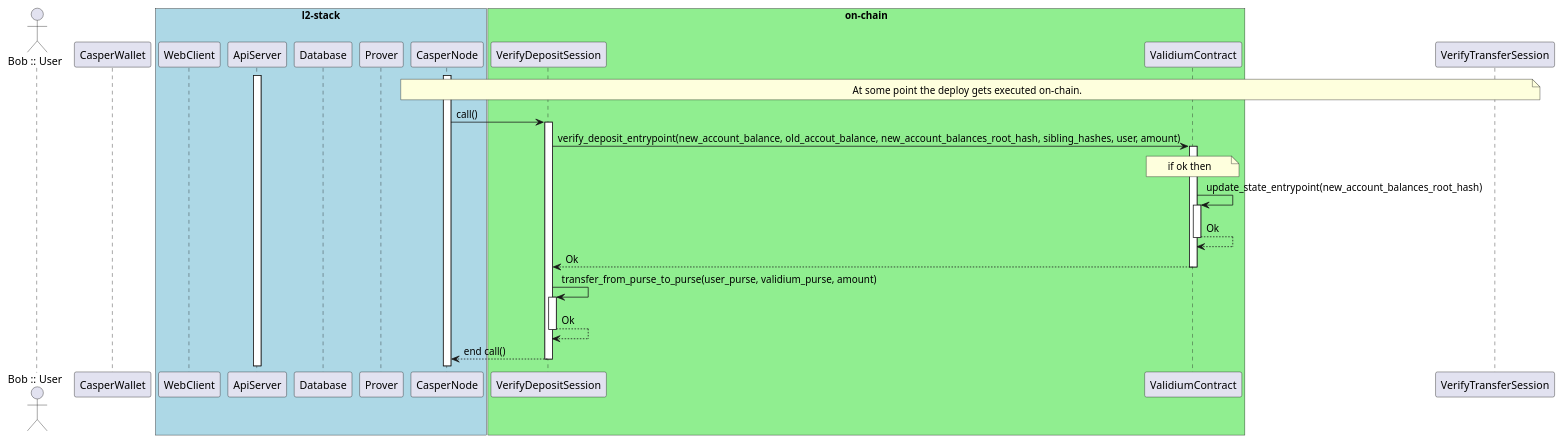
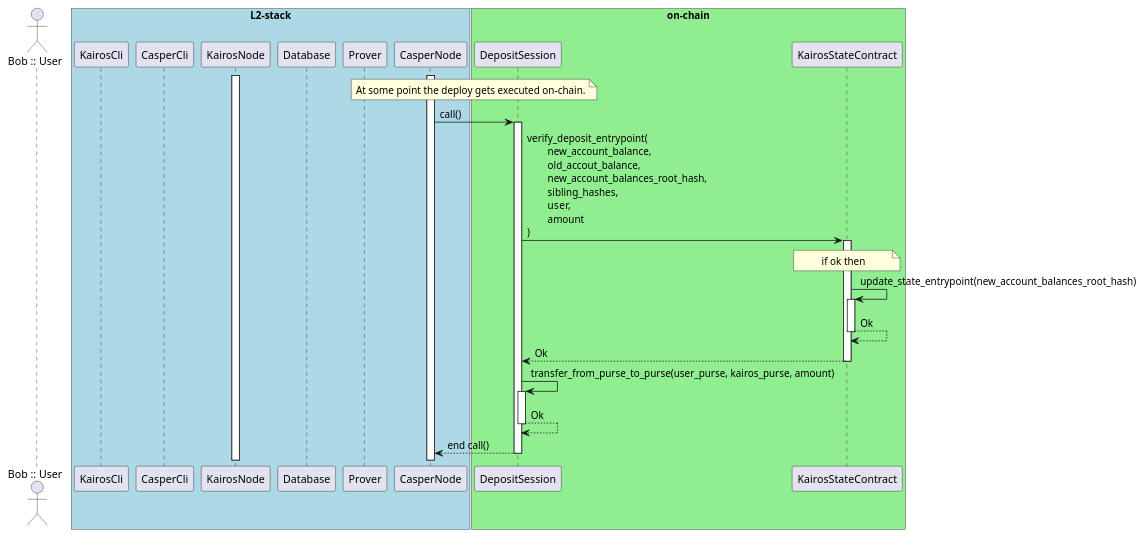
The diagram in diagrams/deposit_sequence_diagram_deploy_execution.puml (cspr-rad/kairos-spec), drawn with PlantUML before and after one commit. The commit also changed 3 other files, not shown here.

Commit message:
diagrams: update deposit diagrams + explanation

```diff
--- a/diagrams/deposit_sequence_diagram_deploy_execution.puml
+++ b/diagrams/deposit_sequence_diagram_deploy_execution.puml
@@ -1,36 +1,35 @@
 @startuml
 autoactivate on
 actor "Bob :: User" as Bob
-participant CasperWallet
-box "l2-stack" #LightBlue
-participant WebClient
-participant ApiServer
+box "L2-stack" #LightBlue
+participant KairosCli
+participant CasperCli
+participant KairosNode
 participant Database
 participant Prover
 participant CasperNode
 end box
 box "on-chain" #LightGreen
-participant VerifyDepositSession
-participant ValidiumContract
+participant DepositSession
+participant KairosStateContract
 end box
 
 activate CasperNode
-activate ApiServer
+activate KairosNode
 
-note over CasperNode, VerifyTransferSession
+note over CasperNode, DepositSession
 At some point the deploy gets executed on-chain.
 end note
 
-CasperNode -> VerifyDepositSession: call()
-VerifyDepositSession -> ValidiumContract: verify_deposit_entrypoint(new_account_balance, old_accout_balance, new_account_balances_root_hash, sibling_hashes, user, amount)
-note over ValidiumContract, ValidiumContract
+CasperNode -> DepositSession: call()
+DepositSession -> KairosStateContract: verify_deposit_entrypoint(\n\tnew_account_balance,\n\told_accout_balance,\n\tnew_account_balances_root_hash,\n\tsibling_hashes,\n\tuser,\n\tamount\n)
+note over KairosStateContract, KairosStateContract
 if ok then
 end note
-ValidiumContract -> ValidiumContract: update_state_entrypoint(new_account_balances_root_hash)
-ValidiumContract --> ValidiumContract: Ok
-ValidiumContract --> VerifyDepositSession: Ok 
-VerifyDepositSession -> VerifyDepositSession: transfer_from_purse_to_purse(user_purse, validium_purse, amount)
-VerifyDepositSession --> VerifyDepositSession: Ok
-VerifyDepositSession --> CasperNode: end call()
-
+KairosStateContract -> KairosStateContract: update_state_entrypoint(new_account_balances_root_hash)
+KairosStateContract --> KairosStateContract: Ok
+KairosStateContract --> DepositSession: Ok 
+DepositSession -> DepositSession: transfer_from_purse_to_purse(user_purse, kairos_purse, amount)
+DepositSession --> DepositSession: Ok
+DepositSession --> CasperNode: end call()
 @enduml
```
